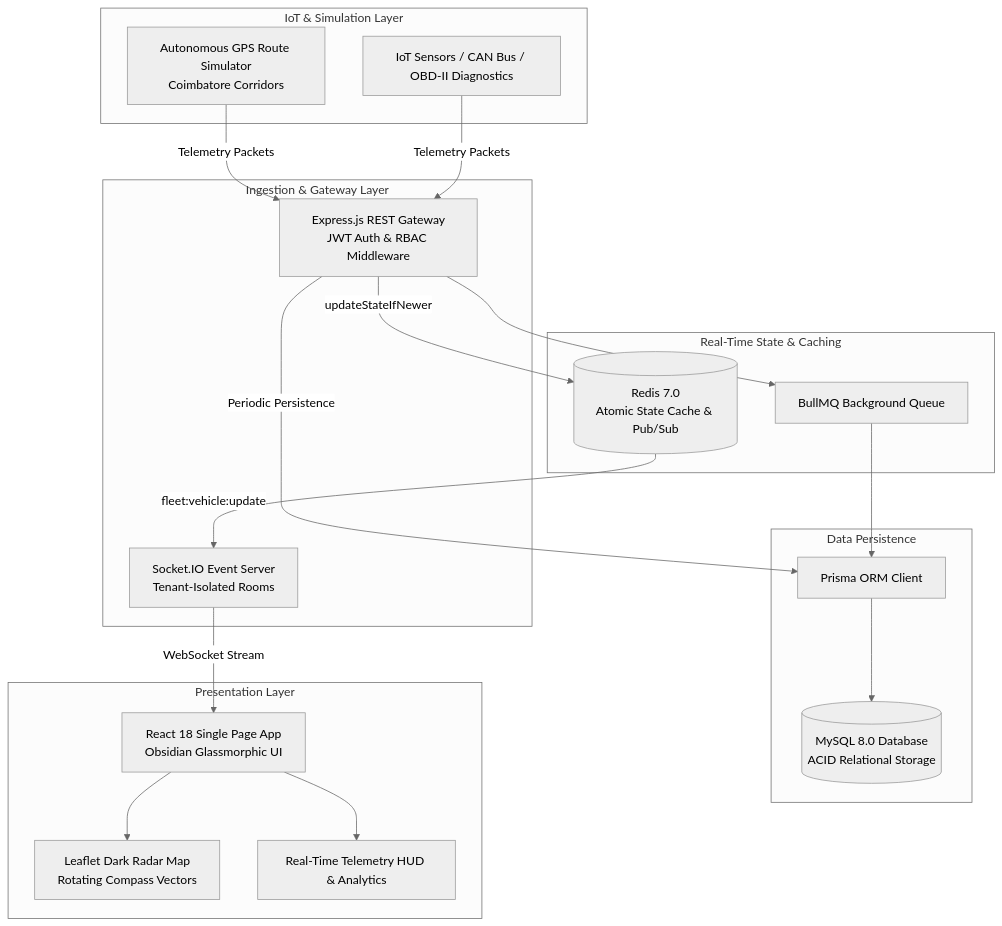
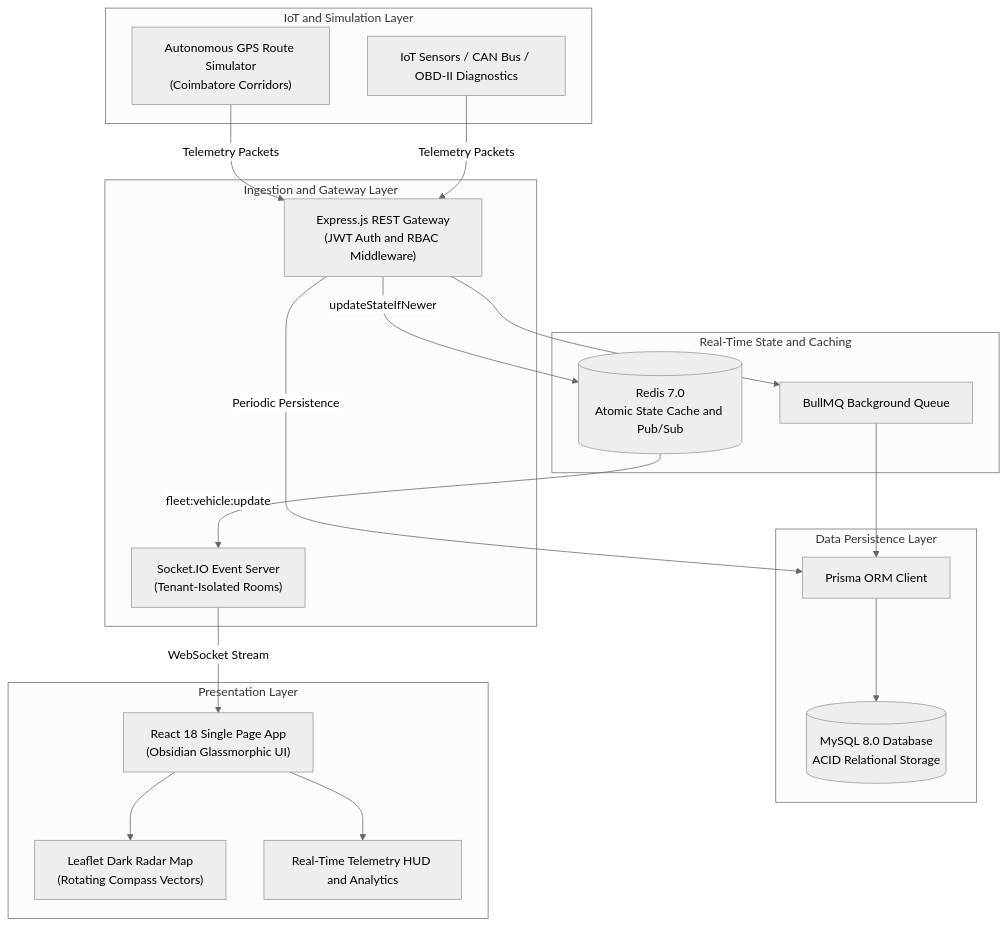
One commit to rakshita1802/FleetCore changed the first of 4 diagrams in README.md. Above: the diagram before and after it, drawn with Mermaid (neutral theme). The commit also changed other lines of this file, not shown here.

Commit message:
fix: sanitize mermaid diagram syntax for clean rich display rendering

````diff
--- a/README.md
+++ b/README.md
@@ -26,40 +26,40 @@
 ```mermaid
-graph TB
-    subgraph IoT & Simulation Layer
-        SIM[Autonomous GPS Route Simulator<br/>Coimbatore Corridors]
-        OBD[IoT Sensors / CAN Bus / OBD-II Diagnostics]
+flowchart TB
+    subgraph S1 ["IoT and Simulation Layer"]
+        SIM["Autonomous GPS Route Simulator<br/>(Coimbatore Corridors)"]
+        OBD["IoT Sensors / CAN Bus / OBD-II Diagnostics"]
     end
 
-    subgraph Ingestion & Gateway Layer
-        API[Express.js REST Gateway<br/>JWT Auth & RBAC Middleware]
-        WS[Socket.IO Event Server<br/>Tenant-Isolated Rooms]
+    subgraph S2 ["Ingestion and Gateway Layer"]
+        API["Express.js REST Gateway<br/>(JWT Auth and RBAC Middleware)"]
+        WS["Socket.IO Event Server<br/>(Tenant-Isolated Rooms)"]
     end
 
-    subgraph Real-Time State & Caching
-        REDIS[(Redis 7.0<br/>Atomic State Cache & Pub/Sub)]
-        QUEUE[BullMQ Background Queue]
+    subgraph S3 ["Real-Time State and Caching"]
+        REDIS[("Redis 7.0<br/>Atomic State Cache and Pub/Sub")]
+        QUEUE["BullMQ Background Queue"]
     end
 
-    subgraph Data Persistence
-        PRISMA[Prisma ORM Client]
-        MYSQL[(MySQL 8.0 Database<br/>ACID Relational Storage)]
+    subgraph S4 ["Data Persistence Layer"]
+        PRISMA["Prisma ORM Client"]
+        MYSQL[("MySQL 8.0 Database<br/>ACID Relational Storage")]
     end
 
-    subgraph Presentation Layer
-        REACT[React 18 Single Page App<br/>Obsidian Glassmorphic UI]
-        LEAFLET[Leaflet Dark Radar Map<br/>Rotating Compass Vectors]
-        DASH[Real-Time Telemetry HUD & Analytics]
+    subgraph S5 ["Presentation Layer"]
+        REACT["React 18 Single Page App<br/>(Obsidian Glassmorphic UI)"]
+        LEAFLET["Leaflet Dark Radar Map<br/>(Rotating Compass Vectors)"]
+        DASH["Real-Time Telemetry HUD and Analytics"]
     end
 
     SIM -->|Telemetry Packets| API
     OBD -->|Telemetry Packets| API
     API -->|updateStateIfNewer| REDIS
     API -->|Periodic Persistence| PRISMA
     PRISMA --> MYSQL
     REDIS -->|fleet:vehicle:update| WS
     API --> QUEUE
     QUEUE --> PRISMA
     WS -->|WebSocket Stream| REACT
     REACT --> LEAFLET
     REACT --> DASH
 ```
````
